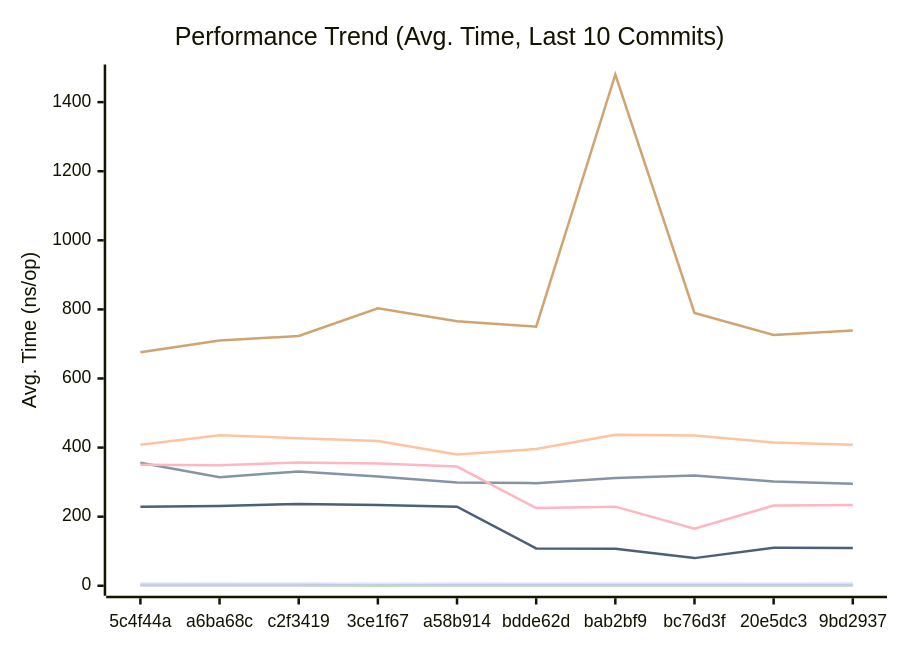
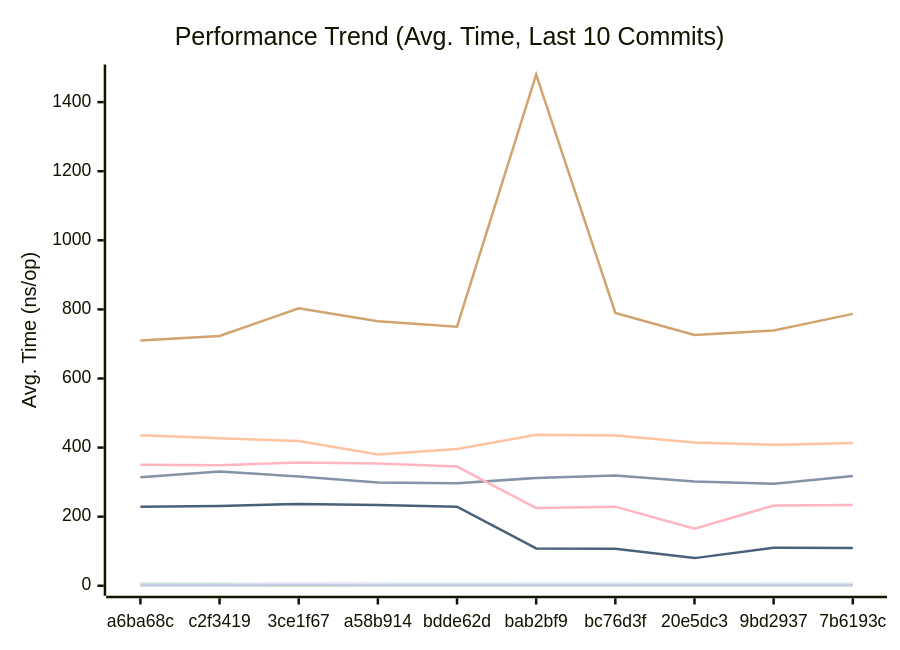
The first of 3 diagrams in docs/PERFORMANCE.md (alsotoes/momo), drawn with Mermaid before and after one commit. The commit also changed other lines of this file and 3 other files, not shown here.

````diff
--- a/docs/PERFORMANCE.md
+++ b/docs/PERFORMANCE.md
@@ -80,16 +80,16 @@
 ```mermaid
 xychart-beta
     title "Performance Trend (Avg. Time, Last 10 Commits)"
     x-axis "Commit"
     y-axis "Avg. Time (ns/op)"
-    x-axis [5c4f44a,a6ba68c,c2f3419,3ce1f67,a58b914,bdde62d,bab2bf9,bc76d3f,20e5dc3,9bd2937]
-    line "CheckMetricsAndSwap" [7,8,7,7,8,7,8,8,7,8]
-    line "CrushOptimized" [356,314,331,316,299,297,312,319,302,295]
-    line "CrushOriginal" [408,436,427,419,380,396,437,435,415,408]
+    x-axis [a6ba68c,c2f3419,3ce1f67,a58b914,bdde62d,bab2bf9,bc76d3f,20e5dc3,9bd2937,7b6193c]
+    line "CheckMetricsAndSwap" [8,7,7,8,7,8,8,7,8,7]
+    line "CrushOptimized" [314,331,316,299,297,312,319,302,295,318]
+    line "CrushOriginal" [436,427,419,380,396,437,435,415,408,413]
     line "IndexDirectTracking" [0,0,0,0,0,0,0,0,0,0]
-    line "IndexSearch" [3,3,3,1,2,2,2,2,2,2]
-    line "LoadGlobalConfig" [676,710,723,803,766,750,1480,790,726,739]
+    line "IndexSearch" [3,3,1,2,2,2,2,2,2,2]
+    line "LoadGlobalConfig" [710,723,803,766,750,1480,790,726,739,787]
     line "PadString" [2,2,2,2,2,2,2,2,2,2]
     line "ParseReplicationOrder_NoPrealloc" [350,349,357,354,345,225,229,165,232,234]
     line "ParseReplicationOrder_Prealloc" [229,231,237,234,229,108,107,80,110,109]
 ```
````
